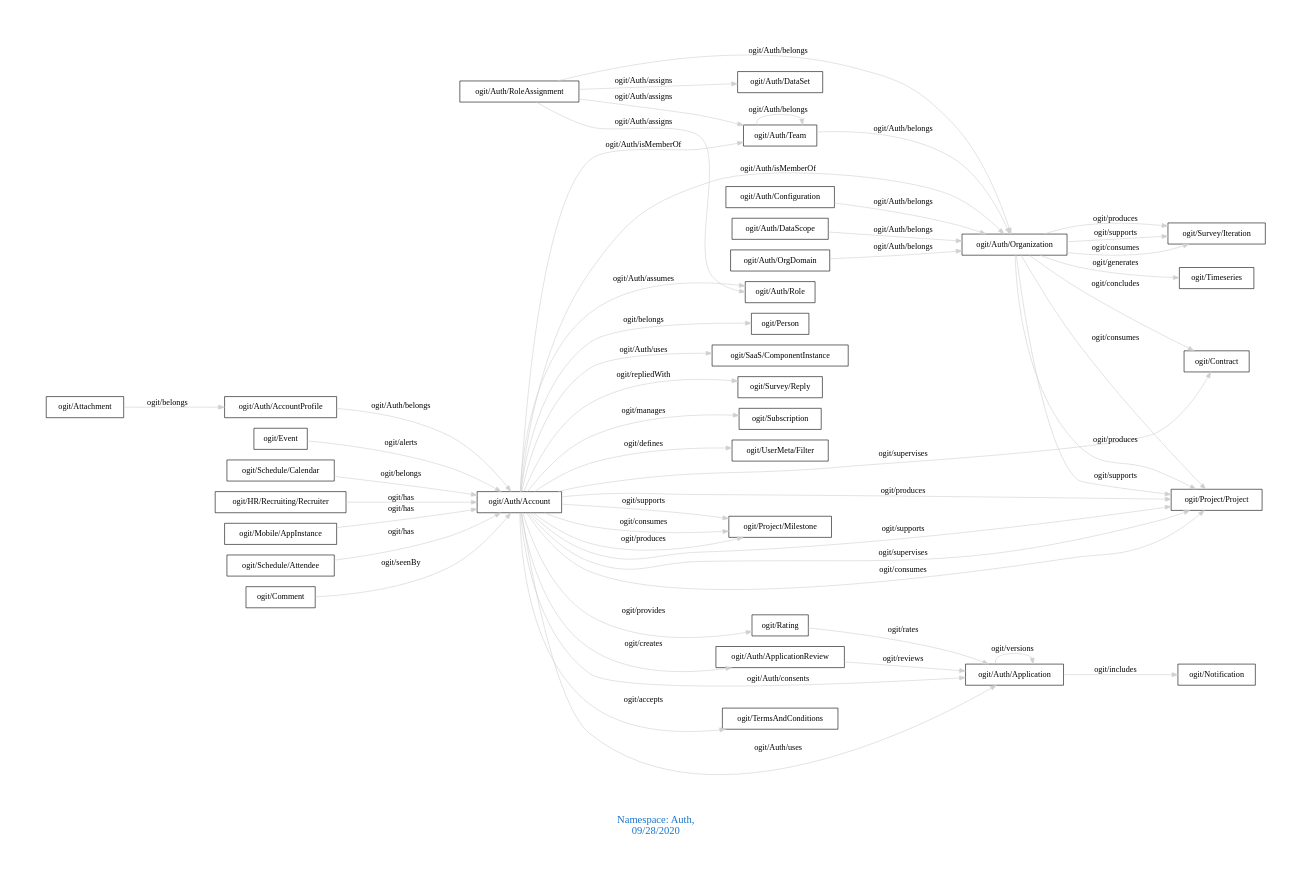
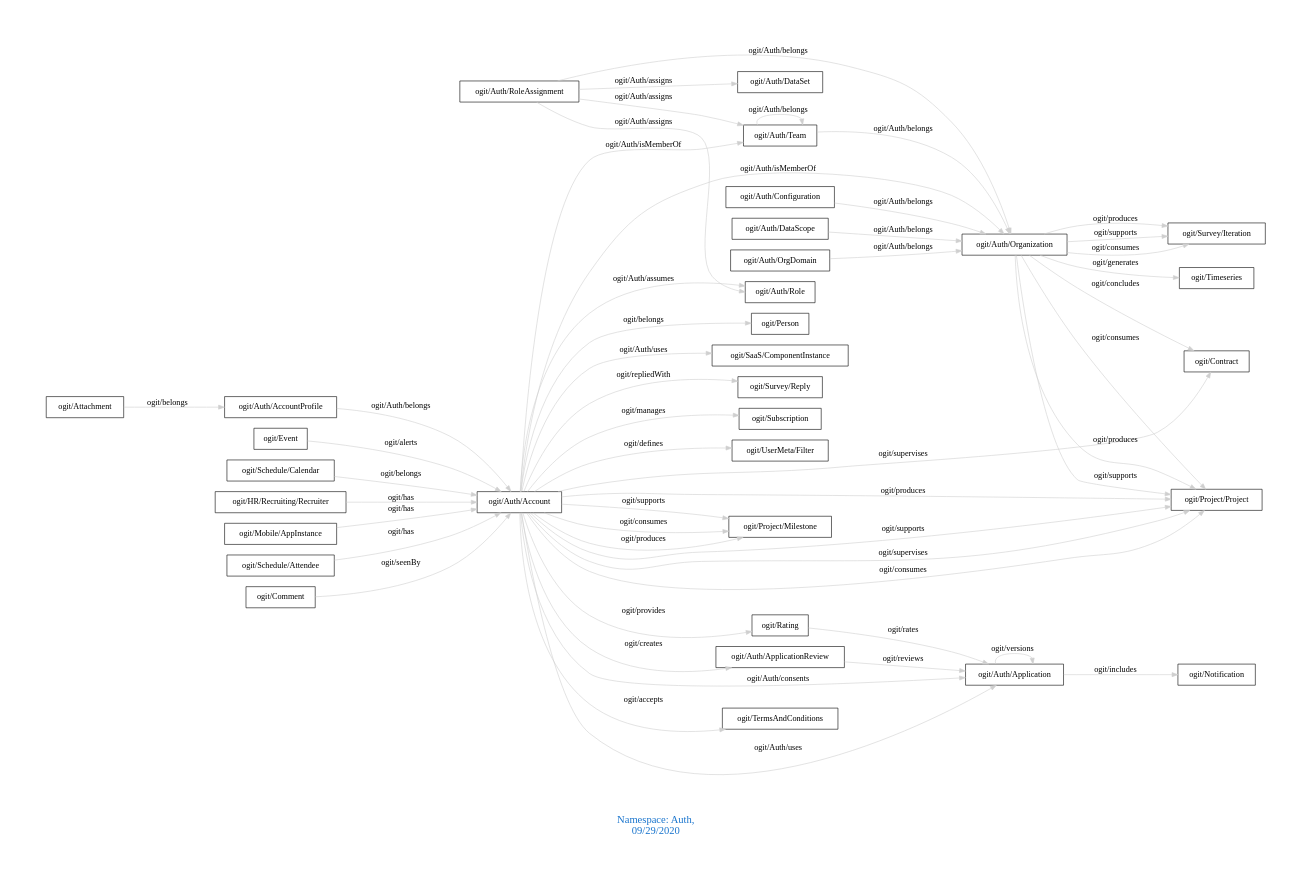
The diagram in downloads/Auth.dot (arago/OGIT), drawn with Graphviz before and after one commit. The commit also changed 1818 other files, not shown here.

```diff
--- a/downloads/Auth.dot
+++ b/downloads/Auth.dot
@@ -1,58 +1,58 @@
 digraph OGIT_ontology {
  graph [ rankdir= LR,pad=1 
 fontsize = 18,
-fontcolor= dodgerblue3,label = "\n\n\nNamespace: Auth, \n 09/28/2020"];
+fontcolor= dodgerblue3,label = "\n\n\nNamespace: Auth, \n 09/29/2020"];
 node[shape=polygon];
 edge [  color="gray81"];
 
    "ogit/Auth/Account" -> "ogit/Subscription" [label="   ogit/manages    "];
    "ogit/Auth/Account" -> "ogit/UserMeta/Filter" [label="   ogit/defines    "];
    "ogit/Auth/AccountProfile" -> "ogit/Auth/Account" [label="   ogit/Auth/belongs    "];
    "ogit/Auth/Configuration" -> "ogit/Auth/Organization" [label="   ogit/Auth/belongs    "];
    "ogit/Auth/DataScope" -> "ogit/Auth/Organization" [label="   ogit/Auth/belongs    "];
    "ogit/Auth/OrgDomain" -> "ogit/Auth/Organization" [label="   ogit/Auth/belongs    "];
    "ogit/Auth/RoleAssignment" -> "ogit/Auth/Organization" [label="   ogit/Auth/belongs    "];
    "ogit/Auth/Team" -> "ogit/Auth/Organization" [label="   ogit/Auth/belongs    "];
    "ogit/Auth/Organization" -> "ogit/Contract" [label="   ogit/concludes    "];
    "ogit/Auth/Account" -> "ogit/Project/Milestone" [label="   ogit/supports    "];
    "ogit/Auth/Account" -> "ogit/Project/Project" [label="   ogit/supports    "];
    "ogit/Auth/Organization" -> "ogit/Project/Project" [label="   ogit/supports    "];
    "ogit/Auth/Organization" -> "ogit/Survey/Iteration" [label="   ogit/supports    "];
    "ogit/Auth/Account" -> "ogit/Project/Project" [label="   ogit/supervises    "];
    "ogit/Auth/Account" -> "ogit/Contract" [label="   ogit/supervises    "];
    "ogit/Auth/Organization" -> "ogit/Timeseries" [label="   ogit/generates    "];
    "ogit/Auth/Account" -> "ogit/Project/Milestone" [label="   ogit/consumes    "];
    "ogit/Auth/Account" -> "ogit/Project/Project" [label="   ogit/consumes    "];
    "ogit/Auth/Organization" -> "ogit/Project/Project" [label="   ogit/consumes    "];
    "ogit/Auth/Organization" -> "ogit/Survey/Iteration" [label="   ogit/consumes    "];
    "ogit/Auth/Application" -> "ogit/Notification" [label="   ogit/includes    "];
    "ogit/Auth/Account" -> "ogit/Auth/Role" [label="   ogit/Auth/assumes    "];
    "ogit/Auth/Account" -> "ogit/TermsAndConditions" [label="   ogit/accepts    "];
    "ogit/Auth/Account" -> "ogit/Auth/ApplicationReview" [label="   ogit/creates    "];
    "ogit/Auth/Account" -> "ogit/Auth/Application" [label="   ogit/Auth/consents    "];
    "ogit/Auth/RoleAssignment" -> "ogit/Auth/Role" [label="   ogit/Auth/assigns    "];
    "ogit/Auth/RoleAssignment" -> "ogit/Auth/Team" [label="   ogit/Auth/assigns    "];
    "ogit/Auth/RoleAssignment" -> "ogit/Auth/DataSet" [label="   ogit/Auth/assigns    "];
    "ogit/Rating" -> "ogit/Auth/Application" [label="   ogit/rates    "];
    "ogit/Event" -> "ogit/Auth/Account" [label="   ogit/alerts    "];
    "ogit/Auth/ApplicationReview" -> "ogit/Auth/Application" [label="   ogit/reviews    "];
    "ogit/Auth/Account" -> "ogit/Rating" [label="   ogit/provides    "];
    "ogit/Auth/Account" -> "ogit/Project/Milestone" [label="   ogit/produces    "];
    "ogit/Auth/Account" -> "ogit/Project/Project" [label="   ogit/produces    "];
    "ogit/Auth/Organization" -> "ogit/Project/Project" [label="   ogit/produces    "];
    "ogit/Auth/Organization" -> "ogit/Survey/Iteration" [label="   ogit/produces    "];
    "ogit/Auth/Account" -> "ogit/Person" [label="   ogit/belongs    "];
    "ogit/Schedule/Calendar" -> "ogit/Auth/Account" [label="   ogit/belongs    "];
    "ogit/Attachment" -> "ogit/Auth/AccountProfile" [label="   ogit/belongs    "];
    "ogit/Auth/Account" -> "ogit/Auth/Organization" [label="   ogit/Auth/isMemberOf    "];
    "ogit/Auth/Account" -> "ogit/Auth/Team" [label="   ogit/Auth/isMemberOf    "];
    "ogit/Auth/Account" -> "ogit/Auth/Application" [label="   ogit/Auth/uses    "];
    "ogit/Auth/Account" -> "ogit/SaaS/ComponentInstance" [label="   ogit/Auth/uses    "];
    "ogit/Auth/Account" -> "ogit/Survey/Reply" [label="   ogit/repliedWith    "];
    "ogit/HR/Recruiting/Recruiter" -> "ogit/Auth/Account" [label="   ogit/has    "];
    "ogit/Mobile/AppInstance" -> "ogit/Auth/Account" [label="   ogit/has    "];
    "ogit/Schedule/Attendee" -> "ogit/Auth/Account" [label="   ogit/has    "];
    "ogit/Comment" -> "ogit/Auth/Account" [label="   ogit/seenBy    "];
    "ogit/Auth/Application" -> "ogit/Auth/Application" [label="   ogit/versions    "];
    "ogit/Auth/Team" -> "ogit/Auth/Team" [label="   ogit/Auth/belongs    "];
 }
```
